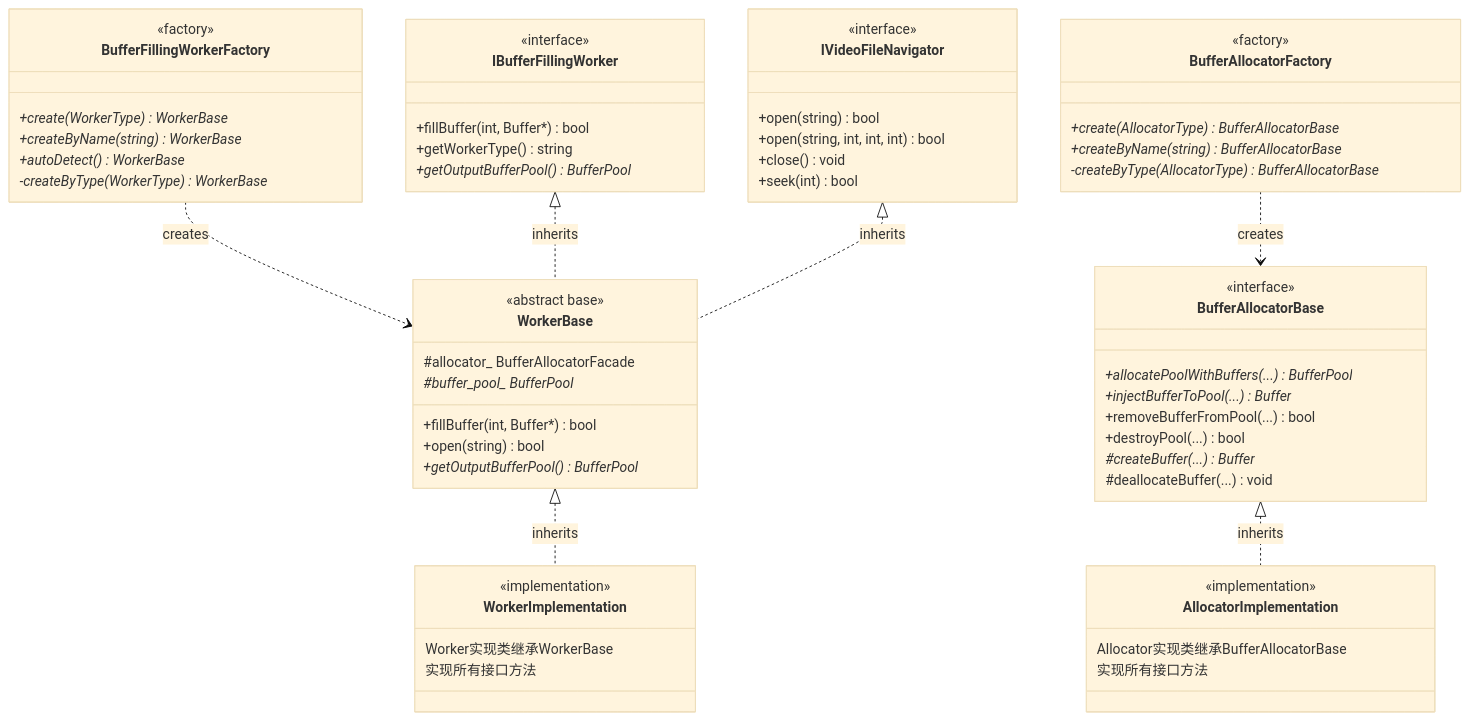
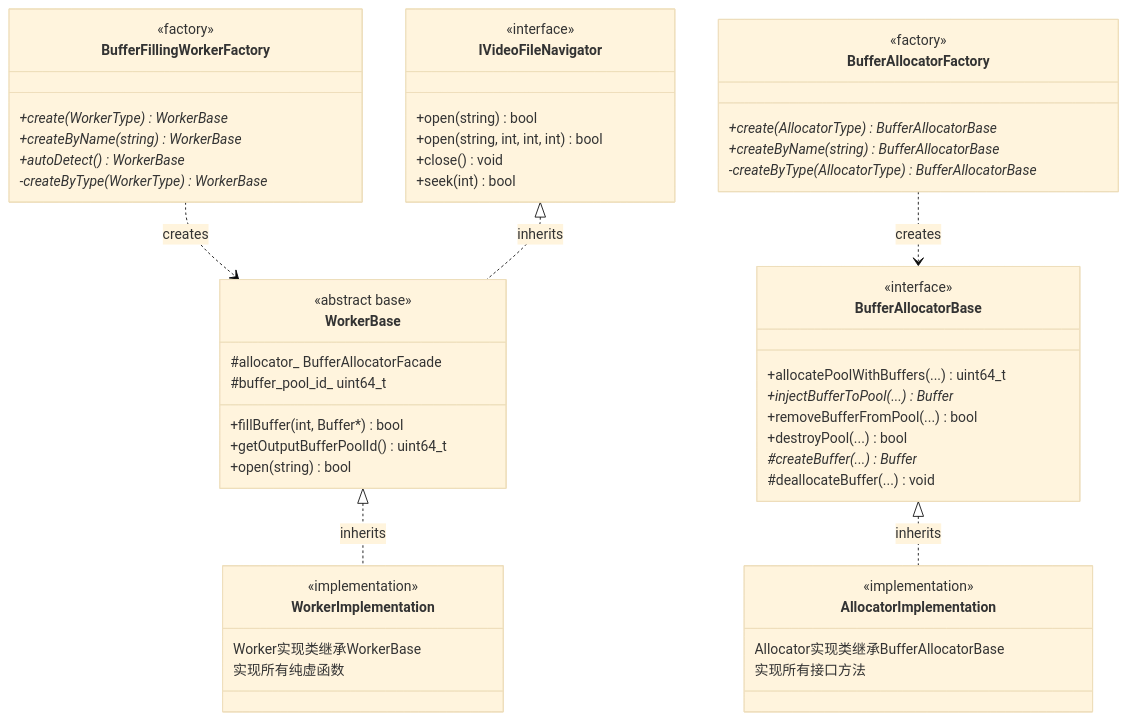
The second of 6 diagrams in ARCHITECTURE.md (luoxiafeng-1990/components), drawn with Mermaid (base theme) before and after one commit. The commit also changed other lines of this file and 14 other files, not shown here.

````diff
--- a/ARCHITECTURE.md
+++ b/ARCHITECTURE.md
@@ -854,70 +858,62 @@
 ```mermaid
 classDiagram
     class BufferFillingWorkerFactory {
         <<factory>>
         +create(WorkerType) WorkerBase*
         +createByName(string) WorkerBase*
         +autoDetect() WorkerBase*
         -createByType(WorkerType) WorkerBase*
     }
     
     class BufferAllocatorFactory {
         <<factory>>
         +create(AllocatorType) BufferAllocatorBase*
         +createByName(string) BufferAllocatorBase*
         -createByType(AllocatorType) BufferAllocatorBase*
     }
     
-    class IBufferFillingWorker {
-        <<interface>>
-        +fillBuffer(int, Buffer*) bool
-        +getWorkerType() string
-        +getOutputBufferPool() BufferPool*
-    }
-    
     class IVideoFileNavigator {
         <<interface>>
         +open(string) bool
         +open(string, int, int, int) bool
         +close() void
         +seek(int) bool
     }
     
     class BufferAllocatorBase {
         <<interface>>
-        +allocatePoolWithBuffers(...) BufferPool*
+        +allocatePoolWithBuffers(...) uint64_t
         +injectBufferToPool(...) Buffer*
         +removeBufferFromPool(...) bool
         +destroyPool(...) bool
         #createBuffer(...) Buffer*
         #deallocateBuffer(...) void
     }
     
     class WorkerBase {
         <<abstract base>>
         +fillBuffer(int, Buffer*) bool
+        +getOutputBufferPoolId() uint64_t
         +open(string) bool
-        +getOutputBufferPool() BufferPool*
         #allocator_ BufferAllocatorFacade
-        #buffer_pool_ BufferPool*
+        #buffer_pool_id_ uint64_t
     }
     
     class WorkerImplementation {
         <<implementation>>
         Worker实现类继承WorkerBase
-        实现所有接口方法
+        实现所有纯虚函数
     }
     
     class AllocatorImplementation {
         <<implementation>>
         Allocator实现类继承BufferAllocatorBase
         实现所有接口方法
     }
     
     BufferFillingWorkerFactory ..> WorkerBase : creates
     BufferAllocatorFactory ..> BufferAllocatorBase : creates
-    IBufferFillingWorker <|.. WorkerBase : inherits
     IVideoFileNavigator <|.. WorkerBase : inherits
     WorkerBase <|.. WorkerImplementation : inherits
     BufferAllocatorBase <|.. AllocatorImplementation : inherits
 ```
````
